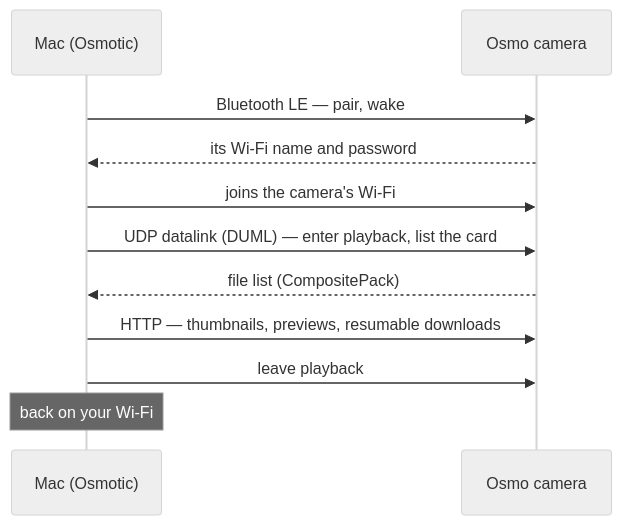
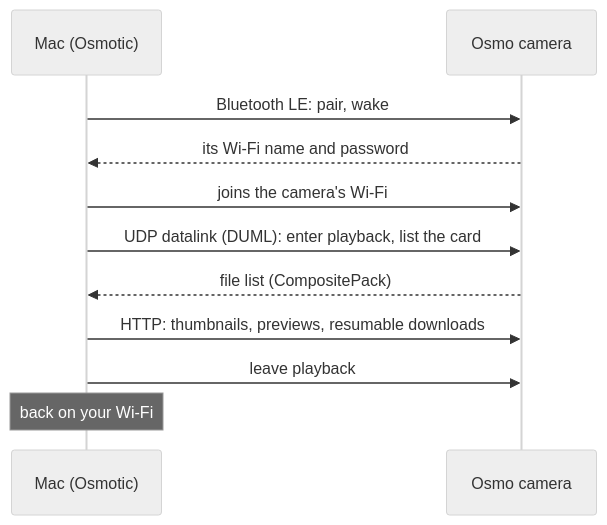
Before and after one commit to smithplus/Osmotic: the diagram in README.md, drawn with Mermaid (neutral theme). The commit also changed other lines of this file and 17 other files, not shown here.

````diff
--- a/README.md
+++ b/README.md
@@ -124,13 +126,13 @@
 ```mermaid
 sequenceDiagram
     participant Mac as Mac (Osmotic)
     participant Cam as Osmo camera
-    Mac->>Cam: Bluetooth LE — pair, wake
+    Mac->>Cam: Bluetooth LE: pair, wake
     Cam-->>Mac: its Wi-Fi name and password
     Mac->>Cam: joins the camera's Wi-Fi
-    Mac->>Cam: UDP datalink (DUML) — enter playback, list the card
+    Mac->>Cam: UDP datalink (DUML): enter playback, list the card
     Cam-->>Mac: file list (CompositePack)
-    Mac->>Cam: HTTP — thumbnails, previews, resumable downloads
+    Mac->>Cam: HTTP: thumbnails, previews, resumable downloads
     Mac->>Cam: leave playback
     Note over Mac: back on your Wi-Fi
 ```
````
